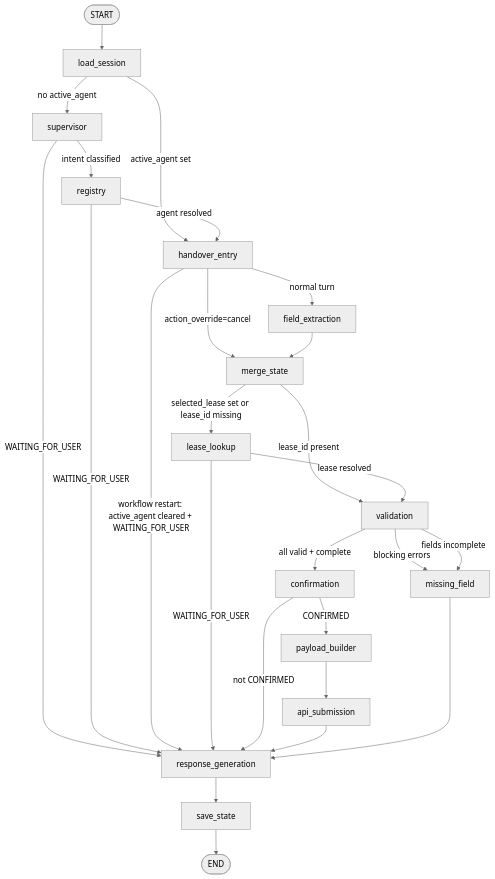
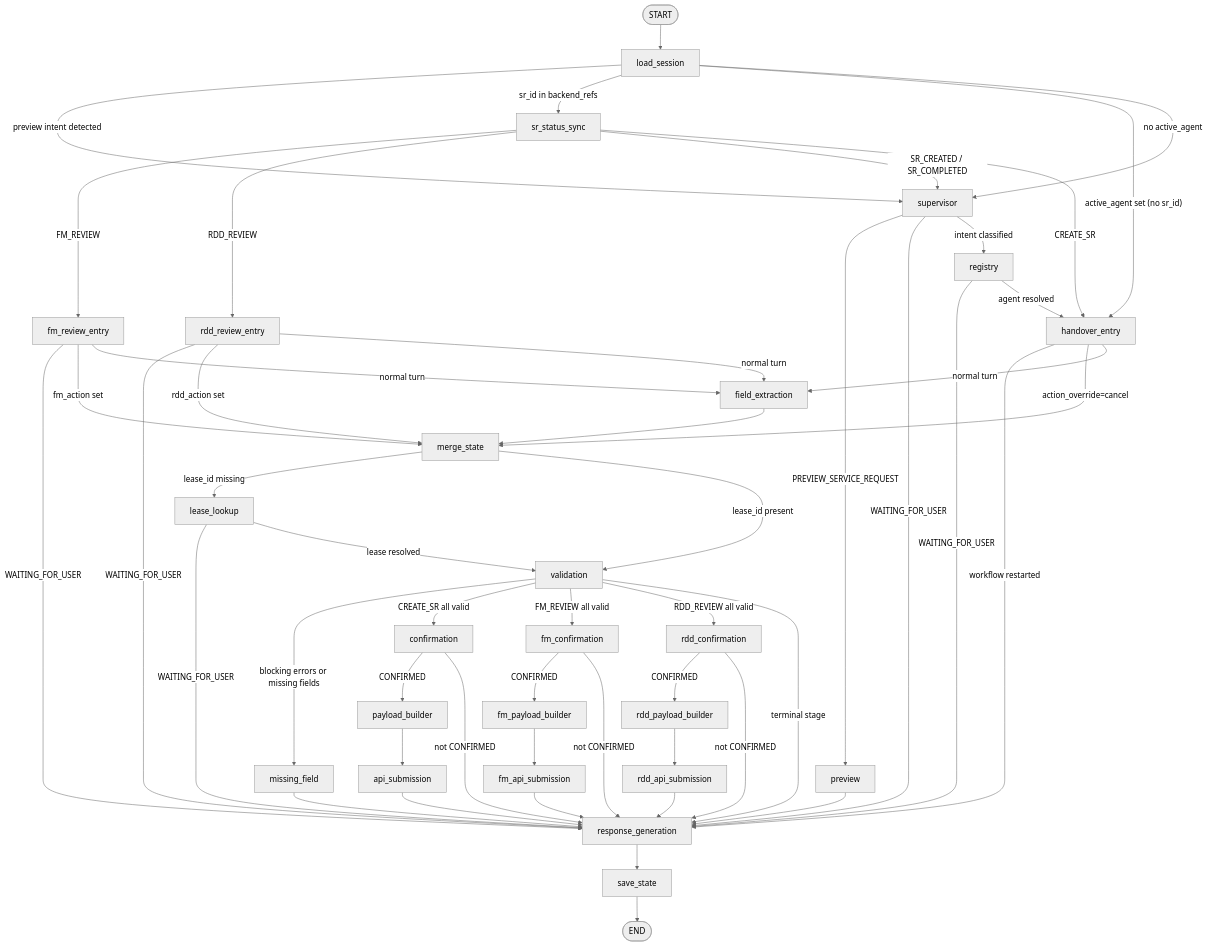
Before and after one commit to swa01wk/Cenomi-RDD-Chatbot: the fourth of 6 diagrams in service-request-chatbot/docs/architecture.md, drawn with Mermaid (neutral theme). The commit also changed other lines of this file and 4 other files, not shown here.

Commit message:
RDD agent

````diff
--- a/service-request-chatbot/docs/architecture.md
+++ b/service-request-chatbot/docs/architecture.md
@@ -157,41 +157,72 @@
 ```mermaid
 flowchart TD
     START([START]) --> load_session
-    load_session -->|active_agent set| handover_entry
-    load_session -->|no active_agent| supervisor
 
-    supervisor -->|WAITING_FOR_USER| response_generation
-    supervisor -->|intent classified| registry
+    load_session -->|"preview intent detected"| supervisor
+    load_session -->|"sr_id in backend_refs"| sr_status_sync
+    load_session -->|"active_agent set (no sr_id)"| handover_entry
+    load_session -->|"no active_agent"| supervisor
 
-    registry -->|WAITING_FOR_USER| response_generation
-    registry -->|agent resolved| handover_entry
+    sr_status_sync -->|"FM_REVIEW"| fm_review_entry
+    sr_status_sync -->|"RDD_REVIEW"| rdd_review_entry
+    sr_status_sync -->|"SR_CREATED / SR_COMPLETED"| supervisor
+    sr_status_sync -->|"CREATE_SR"| handover_entry
 
-    handover_entry -->|workflow restart: active_agent cleared + WAITING_FOR_USER| response_generation
-    handover_entry -->|action_override=cancel| merge_state
-    handover_entry -->|normal turn| field_extraction
+    supervisor -->|"PREVIEW_SERVICE_REQUEST"| preview
+    supervisor -->|"WAITING_FOR_USER"| response_generation
+    supervisor -->|"intent classified"| registry
+
+    preview --> response_generation
+
+    registry -->|"WAITING_FOR_USER"| response_generation
+    registry -->|"agent resolved"| handover_entry
+
+    handover_entry -->|"workflow restarted"| response_generation
+    handover_entry -->|"action_override=cancel"| merge_state
+    handover_entry -->|"normal turn"| field_extraction
+
+    fm_review_entry -->|"WAITING_FOR_USER"| response_generation
+    fm_review_entry -->|"fm_action set"| merge_state
+    fm_review_entry -->|"normal turn"| field_extraction
+
+    rdd_review_entry -->|"WAITING_FOR_USER"| response_generation
+    rdd_review_entry -->|"rdd_action set"| merge_state
+    rdd_review_entry -->|"normal turn"| field_extraction
 
     field_extraction --> merge_state
 
-    merge_state -->|selected_lease set or lease_id missing| lease_lookup
-    merge_state -->|lease_id present| validation
+    merge_state -->|"lease_id missing"| lease_lookup
+    merge_state -->|"lease_id present"| validation
 
-    lease_lookup -->|WAITING_FOR_USER| response_generation
-    lease_lookup -->|lease resolved| validation
+    lease_lookup -->|"WAITING_FOR_USER"| response_generation
+    lease_lookup -->|"lease resolved"| validation
 
-    validation -->|blocking errors| missing_field
-    validation -->|fields incomplete| missing_field
-    validation -->|all valid + complete| confirmation
-
-    confirmation -->|CONFIRMED| payload_builder
-    confirmation -->|not CONFIRMED| response_generation
-
-    payload_builder --> api_submission
-
-    api_submission --> response_generation
+    validation -->|"blocking errors or missing fields"| missing_field
+    validation -->|"CREATE_SR all valid"| confirmation
+    validation -->|"FM_REVIEW all valid"| fm_confirmation
+    validation -->|"RDD_REVIEW all valid"| rdd_confirmation
+    validation -->|"terminal stage"| response_generation
 
     missing_field --> response_generation
 
+    confirmation -->|"CONFIRMED"| payload_builder
+    confirmation -->|"not CONFIRMED"| response_generation
+
+    fm_confirmation -->|"CONFIRMED"| fm_payload_builder
+    fm_confirmation -->|"not CONFIRMED"| response_generation
+
+    rdd_confirmation -->|"CONFIRMED"| rdd_payload_builder
+    rdd_confirmation -->|"not CONFIRMED"| response_generation
+
+    payload_builder --> api_submission
+    api_submission --> response_generation
+
+    fm_payload_builder --> fm_api_submission
+    fm_api_submission --> response_generation
+
+    rdd_payload_builder --> rdd_api_submission
+    rdd_api_submission --> response_generation
+
     response_generation --> save_state
-
     save_state --> END([END])
 ```
````
